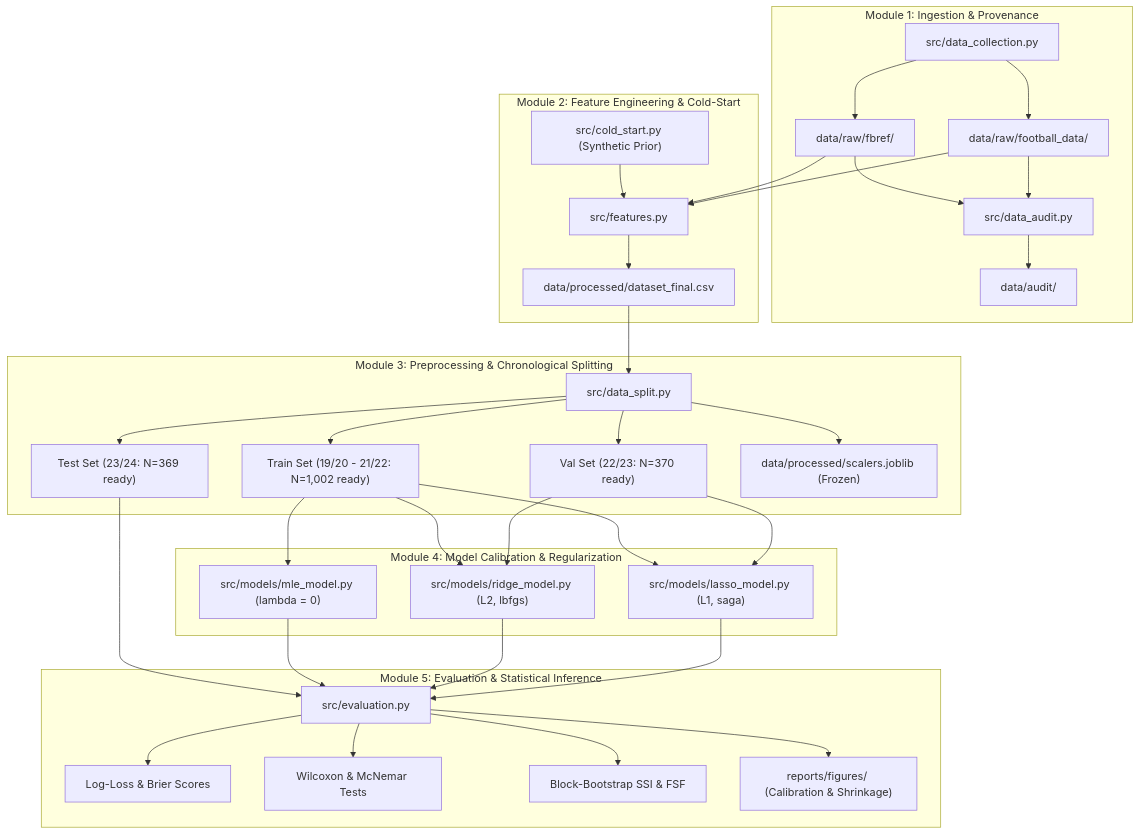
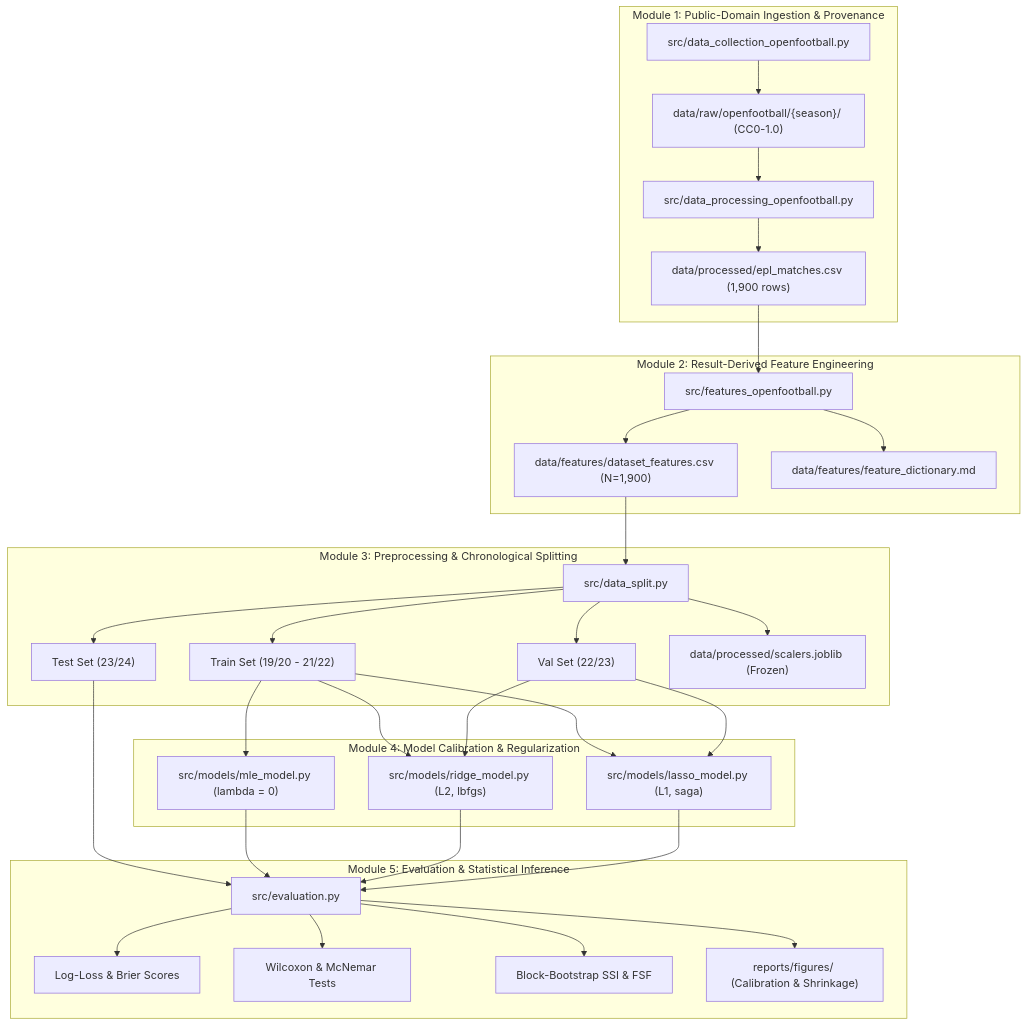
The diagram in architecture.md (KhanalShubham/Lasso), drawn with Mermaid before and after one commit. The commit also changed other lines of this file and 63 other files, not shown here.

````diff
--- a/architecture.md
+++ b/architecture.md
@@ -13,38 +13,37 @@
 ```mermaid
 graph TD
-    subgraph M1["Module 1: Ingestion & Provenance"]
-        DC["src/data_collection.py"] --> RAW_FB["data/raw/fbref/"]
-        DC --> RAW_FD["data/raw/football_data/"]
-        RAW_FB & RAW_FD --> AUDIT["src/data_audit.py"]
-        AUDIT --> AUDIT_OUT["data/audit/"]
+    subgraph M1["Module 1: Public-Domain Ingestion & Provenance"]
+        DC["src/data_collection_openfootball.py"] --> RAW_OF["data/raw/openfootball/{season}/ (CC0-1.0)"]
+        RAW_OF --> PROC["src/data_processing_openfootball.py"]
+        PROC --> MATCHES["data/processed/epl_matches.csv (1,900 rows)"]
     end
 
-    subgraph M2["Module 2: Feature Engineering & Cold-Start"]
-        RAW_FB & RAW_FD --> FEAT["src/features.py"]
-        COLD["src/cold_start.py (Synthetic Prior)"] --> FEAT
-        FEAT --> PROC_DATA["data/processed/dataset_final.csv"]
+    subgraph M2["Module 2: Result-Derived Feature Engineering"]
+        MATCHES --> FEAT["src/features_openfootball.py"]
+        FEAT --> FEAT_DATA["data/features/dataset_features.csv (N=1,900)"]
+        FEAT --> DICT["data/features/feature_dictionary.md"]
     end
 
     subgraph M3["Module 3: Preprocessing & Chronological Splitting"]
-        PROC_DATA --> SPLIT["src/data_split.py"]
-        SPLIT --> TR["Train Set (19/20 - 21/22: N=1,002 ready)"]
-        SPLIT --> VAL["Val Set (22/23: N=370 ready)"]
-        SPLIT --> TE["Test Set (23/24: N=369 ready)"]
+        FEAT_DATA --> SPLIT["src/data_split.py"]
+        SPLIT --> TR["Train Set (19/20 - 21/22)"]
+        SPLIT --> VAL["Val Set (22/23)"]
+        SPLIT --> TE["Test Set (23/24)"]
         SPLIT --> SCALER["data/processed/scalers.joblib (Frozen)"]
     end
 
     subgraph M4["Module 4: Model Calibration & Regularization"]
         TR --> MLE["src/models/mle_model.py (lambda = 0)"]
         TR & VAL --> RIDGE["src/models/ridge_model.py (L2, lbfgs)"]
         TR & VAL --> LASSO["src/models/lasso_model.py (L1, saga)"]
     end
 
     subgraph M5["Module 5: Evaluation & Statistical Inference"]
         TE --> EVAL["src/evaluation.py"]
         MLE & RIDGE & LASSO --> EVAL
         EVAL --> LOGLOSS["Log-Loss & Brier Scores"]
         EVAL --> STATS["Wilcoxon & McNemar Tests"]
         EVAL --> BOOT["Block-Bootstrap SSI & FSF"]
         EVAL --> PLOTS["reports/figures/ (Calibration & Shrinkage)"]
     end
 ```
````
